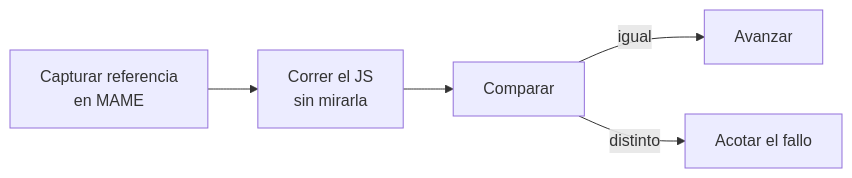
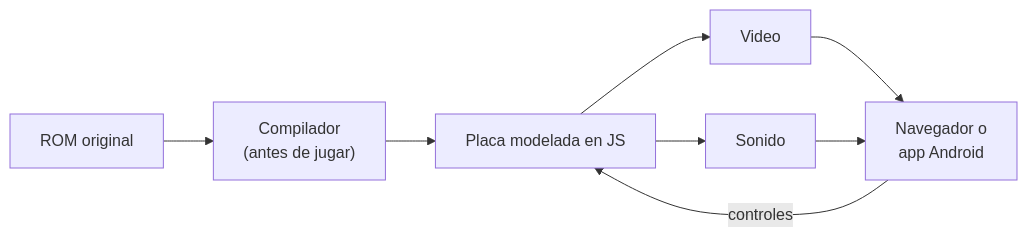
Before and after one commit to krukmat/gng-ghidra: the fourth of 5 diagrams in README.md, drawn with Mermaid. The commit also changed other lines of this file, not shown here.

````diff
--- a/README.md
+++ b/README.md
@@ -120,7 +84,10 @@
 ```mermaid
 flowchart LR
-  A["Capturar referencia<br/>en MAME"] --> B["Correr el JS<br/>sin mirarla"]
-  B --> C["Comparar"]
-  C -->|igual| D["Avanzar"]
-  C -->|distinto| E["Acotar el fallo"]
+  ROM["ROM original"] --> AOT["Compilador<br/>(antes de jugar)"]
+  AOT --> P["Placa modelada en JS"]
+  P --> V["Video"]
+  P --> S["Sonido"]
+  V --> H["Navegador o<br/>app Android"]
+  S --> H
+  H -->|controles| P
 ```
````
